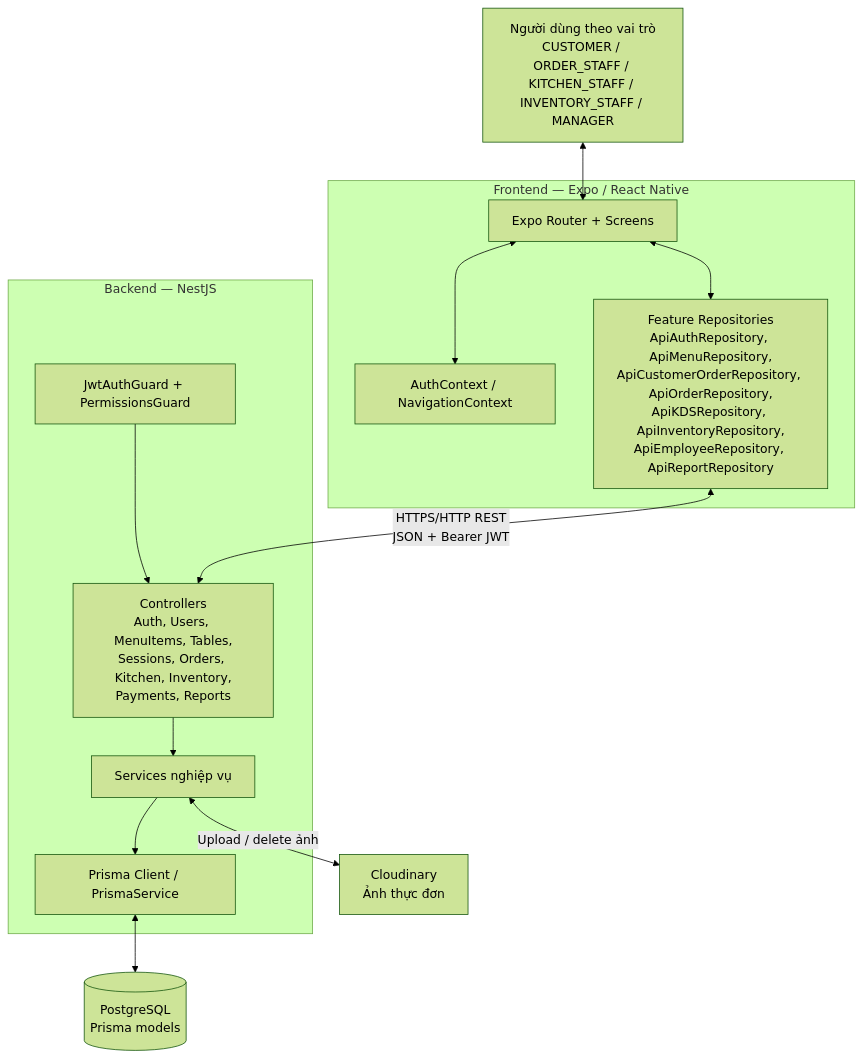
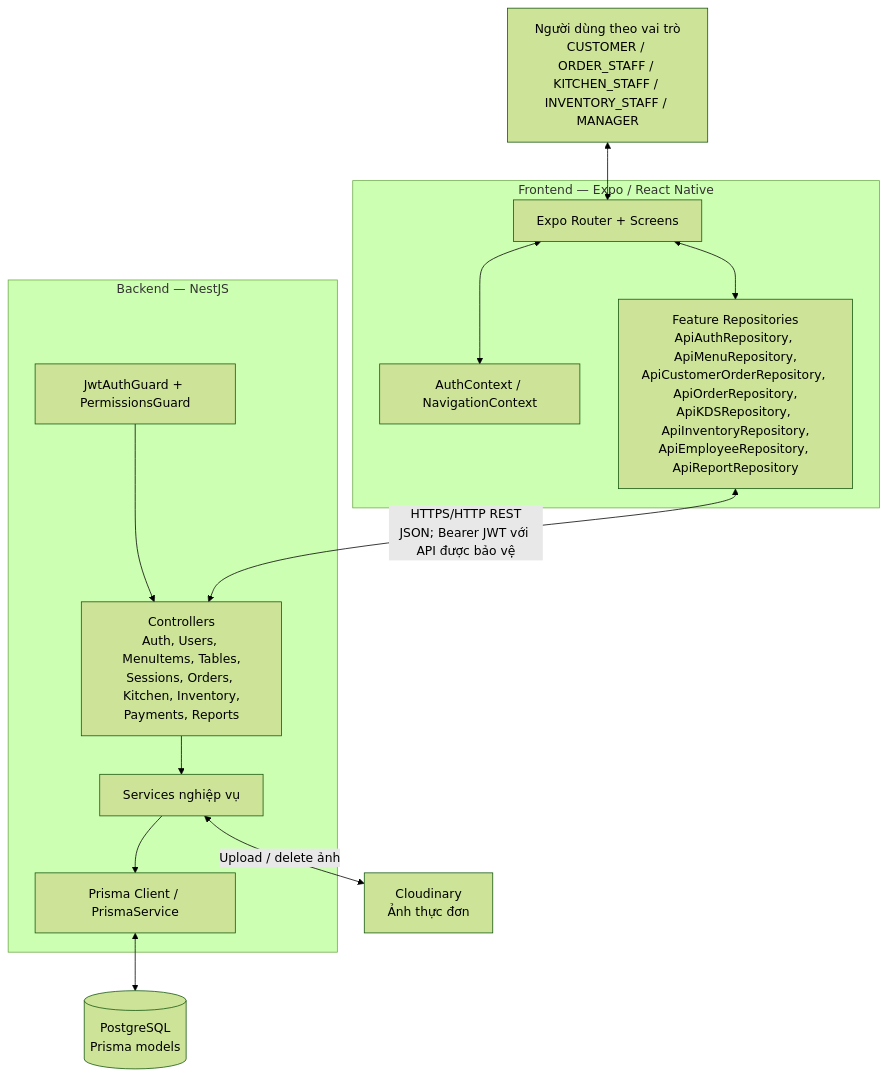
One commit to NTMHuy/ResMan changed the first of 10 diagrams in docs/analysis/system-design.md. Above: the diagram before and after it, drawn with Mermaid (forest theme).

Commit message:
docs: clarify JWT applies only to protected API endpoints

````diff
--- a/docs/analysis/system-design.md
+++ b/docs/analysis/system-design.md
@@ -34,24 +34,24 @@
 ```mermaid
 flowchart TB
     U["Người dùng theo vai trò<br/>CUSTOMER / ORDER_STAFF / KITCHEN_STAFF / INVENTORY_STAFF / MANAGER"]
     subgraph FE["Frontend — Expo / React Native"]
       UI["Expo Router + Screens"]
       CTX["AuthContext / NavigationContext"]
       REPO["Feature Repositories<br/>ApiAuthRepository, ApiMenuRepository,<br/>ApiCustomerOrderRepository, ApiOrderRepository,<br/>ApiKDSRepository, ApiInventoryRepository,<br/>ApiEmployeeRepository, ApiReportRepository"]
       UI <--> CTX
       UI <--> REPO
     end
     subgraph BE["Backend — NestJS"]
       CTRL["Controllers<br/>Auth, Users, MenuItems, Tables,<br/>Sessions, Orders, Kitchen, Inventory,<br/>Payments, Reports"]
       GUARD["JwtAuthGuard + PermissionsGuard"]
       SVC["Services nghiệp vụ"]
       PRISMA["Prisma Client / PrismaService"]
       GUARD --> CTRL --> SVC --> PRISMA
     end
     DB[("PostgreSQL<br/>Prisma models")]
     CLOUD["Cloudinary<br/>Ảnh thực đơn"]
     U <--> UI
-    REPO <-->|"HTTPS/HTTP REST<br/>JSON + Bearer JWT"| CTRL
+    REPO <-->|"HTTPS/HTTP REST<br/>JSON; Bearer JWT với API được bảo vệ"| CTRL
     PRISMA <--> DB
     SVC <-->|"Upload / delete ảnh"| CLOUD
 ```
````
